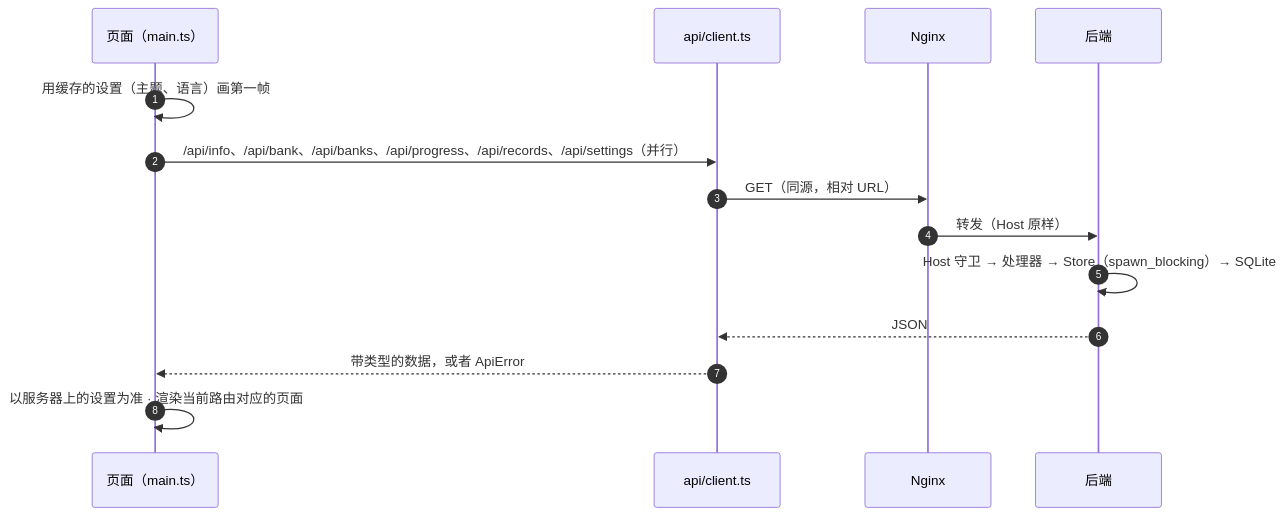
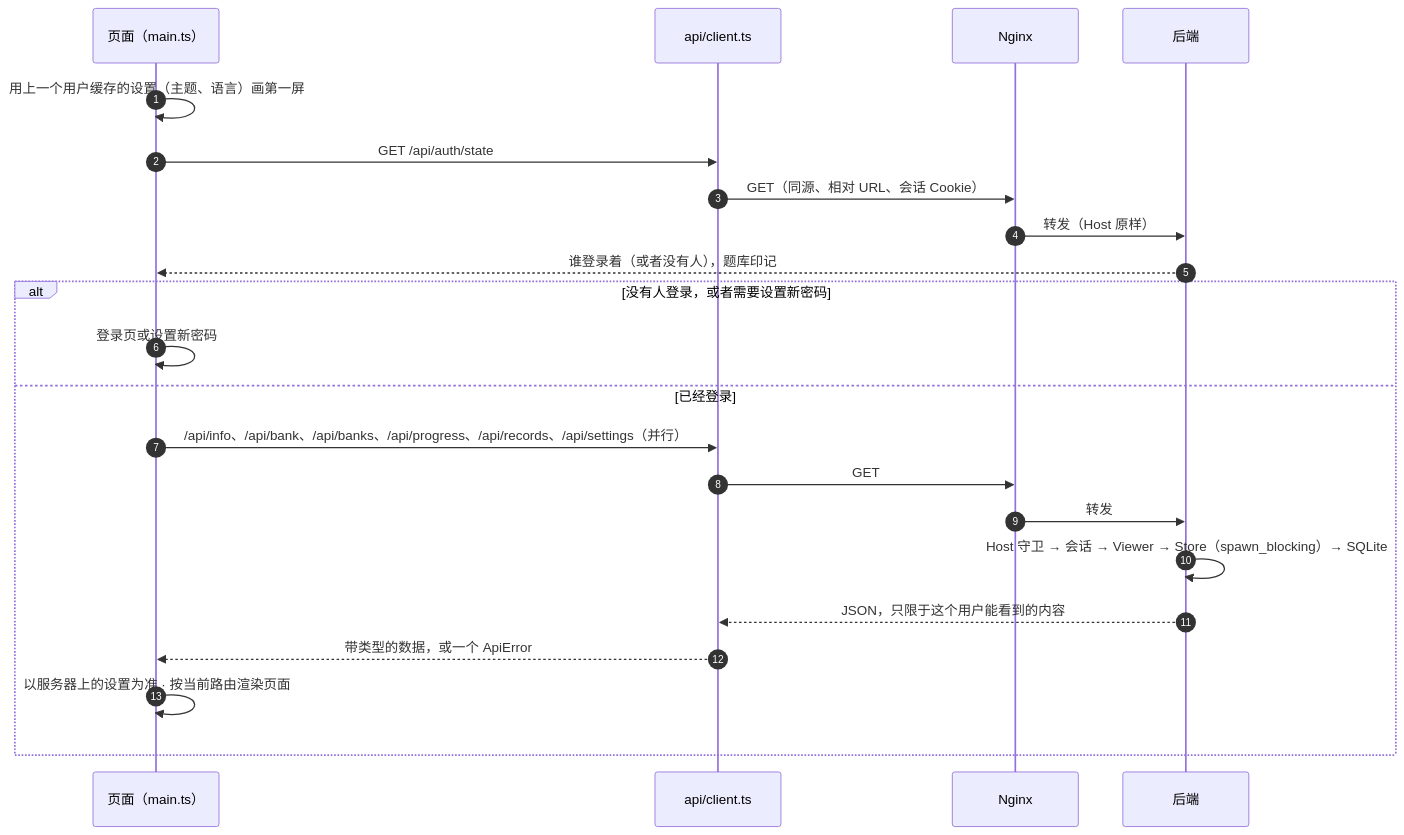
The fourth of 5 diagrams in docs/zh-CN/architecture.md (Yumin-Space/xexam), drawn with Mermaid before and after one commit. The commit also changed other lines of this file and 295 other files, not shown here.

````diff
--- a/docs/zh-CN/architecture.md
+++ b/docs/zh-CN/architecture.md
@@ -183,16 +246,24 @@
 ```mermaid
 sequenceDiagram
     autonumber
     participant P as 页面（main.ts）
     participant C as api/client.ts
     participant N as Nginx
     participant B as 后端
-    P->>P: 用缓存的设置（主题、语言）画第一帧
-    P->>C: /api/info、/api/bank、/api/banks、/api/progress、/api/records、/api/settings（并行）
-    C->>N: GET（同源，相对 URL）
+    P->>P: 用上一个用户缓存的设置（主题、语言）画第一屏
+    P->>C: GET /api/auth/state
+    C->>N: GET（同源、相对 URL、会话 Cookie）
     N->>B: 转发（Host 原样）
-    B->>B: Host 守卫 → 处理器 → Store（spawn_blocking）→ SQLite
-    B-->>C: JSON
-    C-->>P: 带类型的数据，或者 ApiError
-    P->>P: 以服务器上的设置为准 · 渲染当前路由对应的页面
+    B-->>P: 谁登录着（或者没有人），题库印记
+    alt 没有人登录，或者需要设置新密码
+        P->>P: 登录页或设置新密码
+    else 已经登录
+        P->>C: /api/info、/api/bank、/api/banks、/api/progress、/api/records、/api/settings（并行）
+        C->>N: GET
+        N->>B: 转发
+        B->>B: Host 守卫 → 会话 → Viewer → Store（spawn_blocking）→ SQLite
+        B-->>C: JSON，只限于这个用户能看到的内容
+        C-->>P: 带类型的数据，或一个 ApiError
+        P->>P: 以服务器上的设置为准 · 按当前路由渲染页面
+    end
 ```
````
